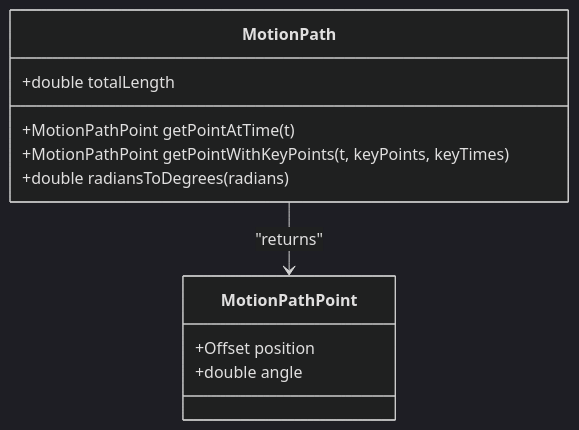
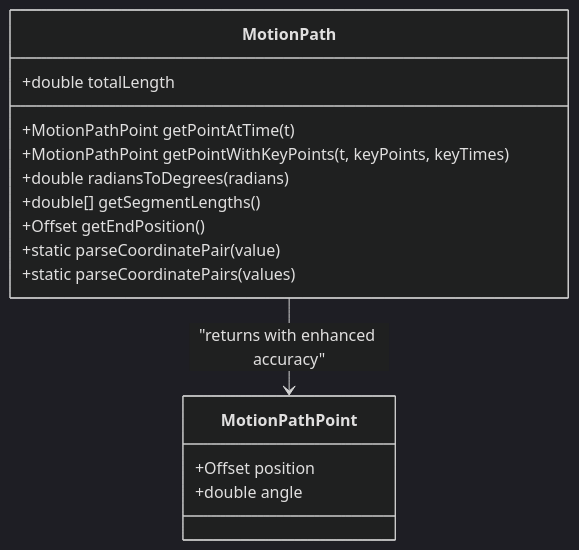
The sixth of 7 diagrams in .qoder/repowiki/en/content/Animated SVG Support/SMIL Animation Specification/SMIL Motion Animation.md (denisnadey/flutter_full_svg_support), drawn with Mermaid (dark theme) before and after one commit. The commit also changed other lines of this file and 20 other files, not shown here.

````diff
--- a/.qoder/repowiki/en/content/Animated SVG Support/SMIL Animation Specification/SMIL Motion Animation.md
+++ b/.qoder/repowiki/en/content/Animated SVG Support/SMIL Animation Specification/SMIL Motion Animation.md
@@ -263,14 +292,18 @@
 ```mermaid
 classDiagram
 class MotionPath {
 +double totalLength
 +MotionPathPoint getPointAtTime(t)
 +MotionPathPoint getPointWithKeyPoints(t, keyPoints, keyTimes)
 +double radiansToDegrees(radians)
++double[] getSegmentLengths()
++Offset getEndPosition()
++static parseCoordinatePair(value)
++static parseCoordinatePairs(values)
 }
 class MotionPathPoint {
 +Offset position
 +double angle
 }
-MotionPath --> MotionPathPoint : "returns"
+MotionPath --> MotionPathPoint : "returns with enhanced accuracy"
 ```
````
